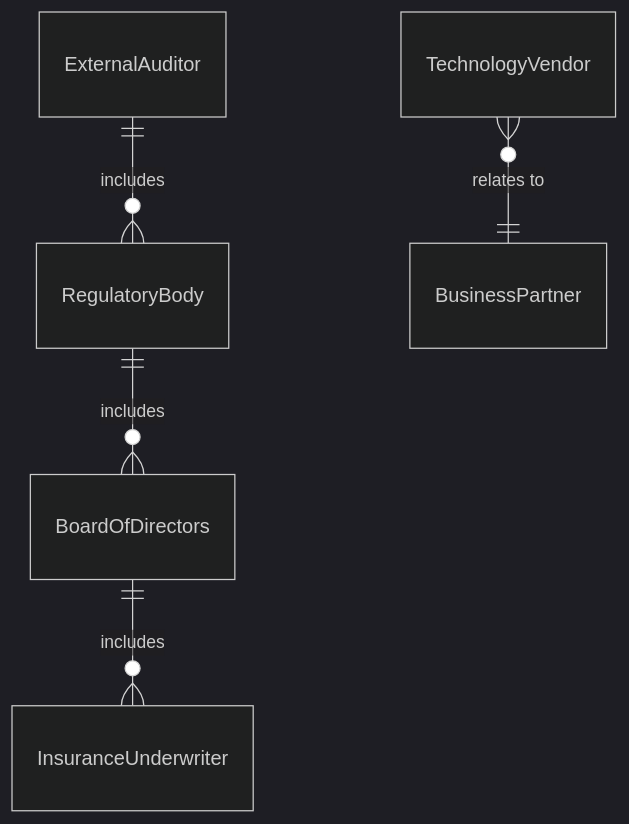
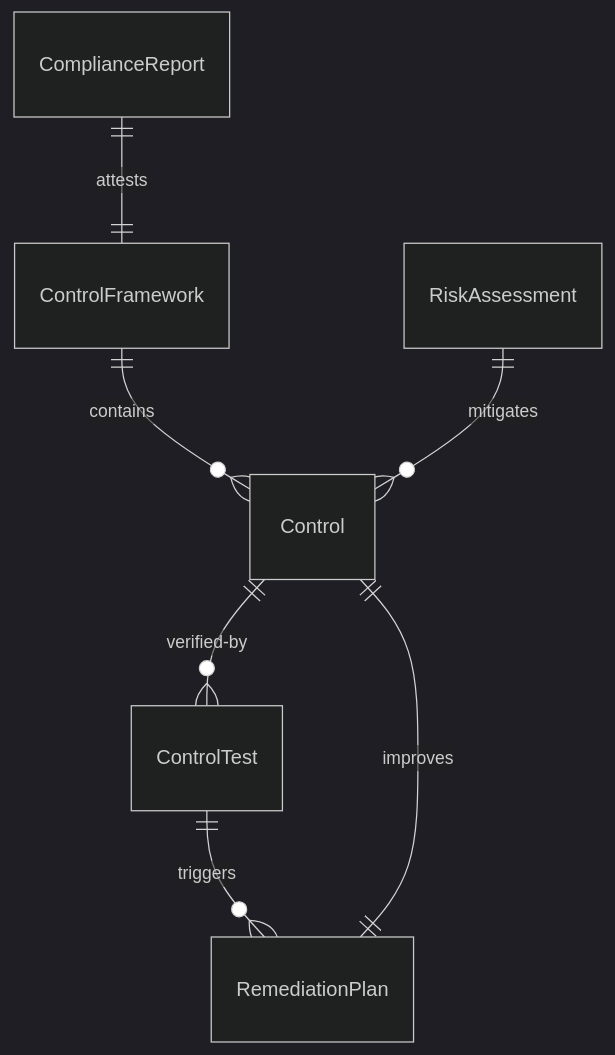
The first of 4 diagrams in GuidingDirectingAndMotivatingSubordinates/ManageControlSystemsOrActivities/ManageControlSystemActivitiesOrganizations.mdx (dot-org-ai/tasks.org.ai), drawn with Mermaid (dark theme) before and after one commit. The commit also changed other lines of this file and 515 other files, not shown here.

````diff
--- a/GuidingDirectingAndMotivatingSubordinates/ManageControlSystemsOrActivities/ManageControlSystemActivitiesOrganizations.mdx
+++ b/GuidingDirectingAndMotivatingSubordinates/ManageControlSystemsOrActivities/ManageControlSystemActivitiesOrganizations.mdx
@@ -89,7 +89,9 @@
 ```mermaid
 erDiagram
-    ExternalAuditor ||--o{ RegulatoryBody : includes
-    RegulatoryBody ||--o{ BoardOfDirectors : includes
-    BoardOfDirectors ||--o{ InsuranceUnderwriter : includes
-    TechnologyVendor }o--|| BusinessPartner : "relates to"
+    ControlFramework ||--o{ Control : "contains"
+    RiskAssessment ||--o{ Control : "mitigates"
+    Control ||--o{ ControlTest : "verified-by"
+    ControlTest ||--o{ RemediationPlan : "triggers"
+    ComplianceReport ||--|| ControlFramework : "attests"
+    RemediationPlan ||--|| Control : "improves"
 ```
````
